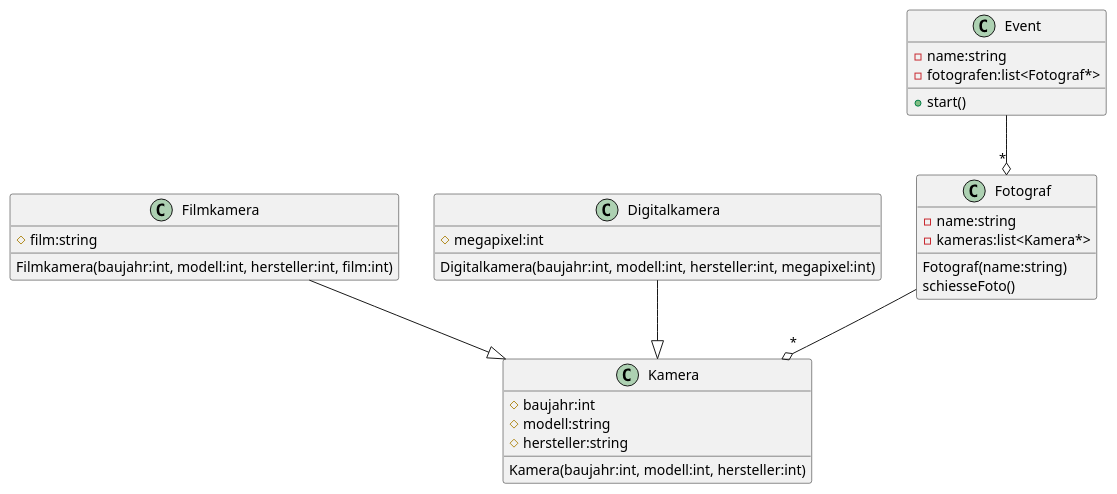
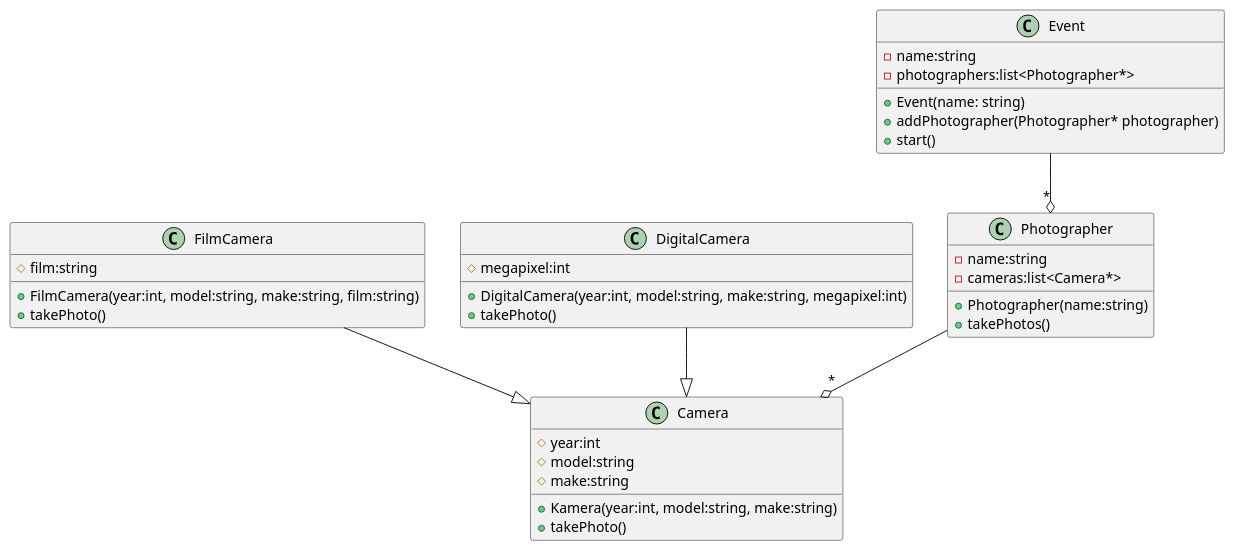
The diagram in 04a_ClassHierarchie/uml.puml (ohm-efi-professorschroeder/Prog3_Lect), drawn with PlantUML before and after one commit.

```diff
--- a/04a_ClassHierarchie/uml.puml
+++ b/04a_ClassHierarchie/uml.puml
@@ -1,48 +1,53 @@
 @startuml 04a_ClassHierarchie
 
-class Kamera
+class Camera
 {
-    #baujahr:int
-    #modell:string
-    #hersteller:string
+    #year:int
+    #model:string
+    #make:string
 
-    Kamera(baujahr:int, modell:int, hersteller:int)
+    +Kamera(year:int, model:string, make:string)
+    +takePhoto()
 }
 
-class Filmkamera
+class FilmCamera
 {
     #film:string
 
-    Filmkamera(baujahr:int, modell:int, hersteller:int, film:int)
+    +FilmCamera(year:int, model:string, make:string, film:string)
+    +takePhoto()
 }
 
-class Digitalkamera
+class DigitalCamera
 {
     #megapixel:int
 
-    Digitalkamera(baujahr:int, modell:int, hersteller:int, megapixel:int)
+    +DigitalCamera(year:int, model:string, make:string, megapixel:int)
+    +takePhoto()
 }
 
-class Fotograf
+class Photographer
 {
     -name:string
-    -kameras:list<Kamera*>
+    -cameras:list<Camera*>
 
-    Fotograf(name:string)
-    schiesseFoto()
+    +Photographer(name:string)
+    +takePhotos()
 }
 
 class Event
 {
     -name:string
-    -fotografen:list<Fotograf*>
+    -photographers:list<Photographer*>
 
+    +Event(name: string)
+    +addPhotographer(Photographer* photographer)
     +start()
 }
 
-Filmkamera --|> Kamera
-Digitalkamera --|> Kamera
-Fotograf --o "*" Kamera
-Event --o "*" Fotograf
+FilmCamera --|> Camera
+DigitalCamera --|> Camera
+Photographer --o "*" Camera
+Event --o "*" Photographer
 
 @enduml
```
